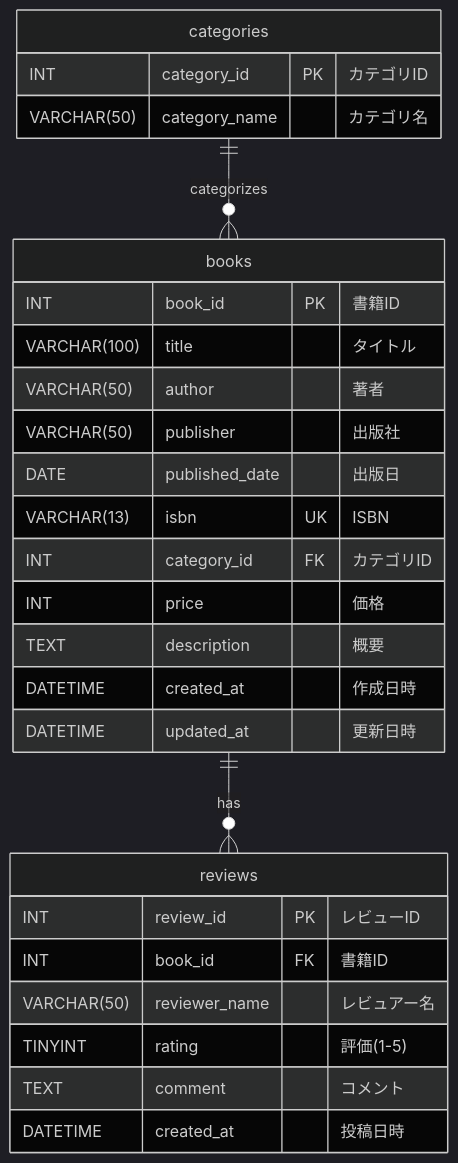
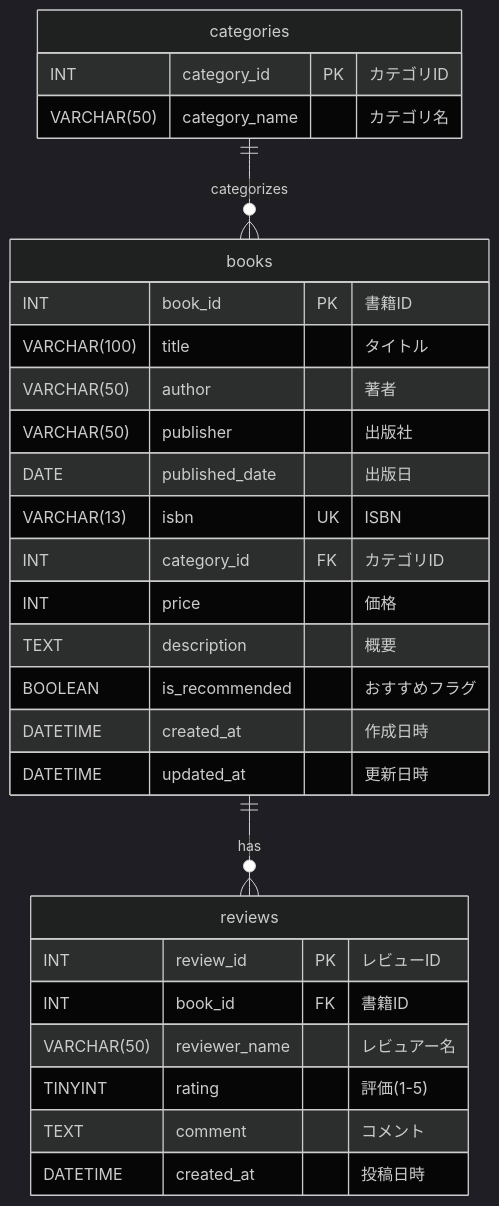
The first of 4 diagrams in Docsシステム/外部設計/03ER図.md (Hiroko-Azuma/ai-training), drawn with Mermaid (dark theme) before and after one commit. The commit also changed other lines of this file and 57 other files, not shown here.

````diff
--- a/Docsシステム/外部設計/03ER図.md
+++ b/Docsシステム/外部設計/03ER図.md
@@ -8,33 +8,34 @@
 ```mermaid
 erDiagram
     books ||--o{ reviews : has
     categories ||--o{ books : categorizes
     
     categories {
         INT category_id PK "カテゴリID"
         VARCHAR(50) category_name "カテゴリ名"
     }
     
     books {
         INT book_id PK "書籍ID"
         VARCHAR(100) title "タイトル"
         VARCHAR(50) author "著者"
         VARCHAR(50) publisher "出版社"
         DATE published_date "出版日"
         VARCHAR(13) isbn UK "ISBN"
         INT category_id FK "カテゴリID"
         INT price "価格"
         TEXT description "概要"
+        BOOLEAN is_recommended "おすすめフラグ"
         DATETIME created_at "作成日時"
         DATETIME updated_at "更新日時"
     }
     
     reviews {
         INT review_id PK "レビューID"
         INT book_id FK "書籍ID"
         VARCHAR(50) reviewer_name "レビュアー名"
         TINYINT rating "評価(1-5)"
         TEXT comment "コメント"
         DATETIME created_at "投稿日時"
     }
 ```
````
